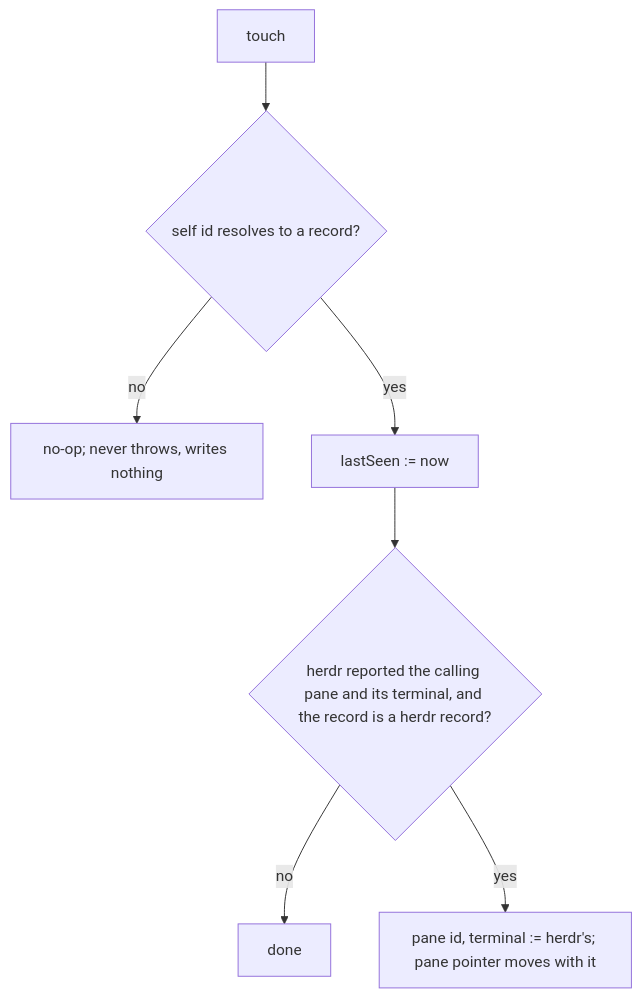
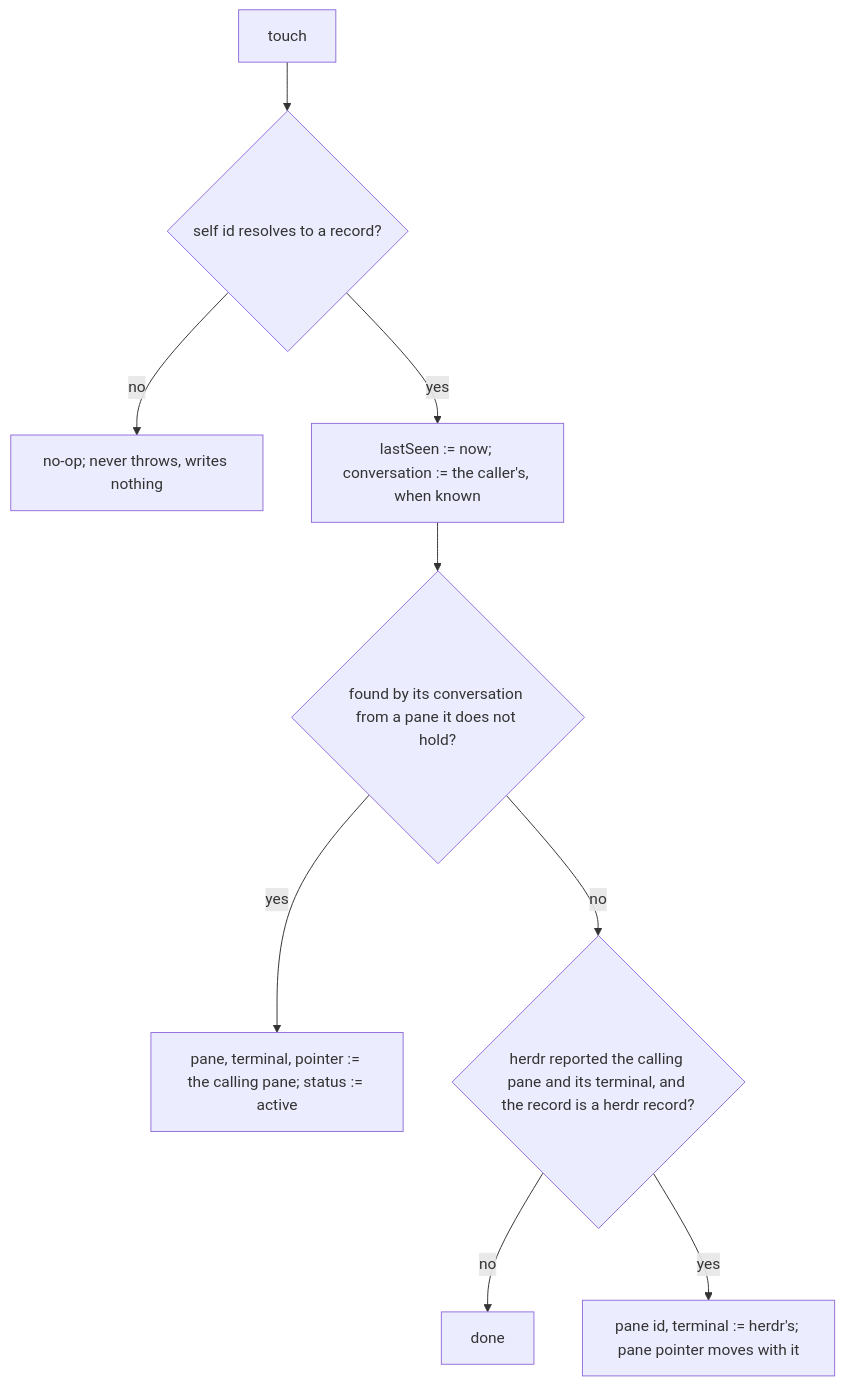
Before and after one commit to cyberuni/cyberlegion: the fifth of 13 diagrams in packages/cyberlegion/.agents/spec/unit/registry/README.md, drawn with Mermaid. The commit also changed other lines of this file and 16 other files, not shown here.

First line of the commit message:
fix: a resumed session finds its unit by its harness conversation (#285)

````diff
--- a/packages/cyberlegion/.agents/spec/unit/registry/README.md
+++ b/packages/cyberlegion/.agents/spec/unit/registry/README.md
@@ -585,9 +614,11 @@
 ```mermaid
 graph TD
   TC0["touch"] --> TC1{"self id resolves to a record?"}
   TC1 -- no --> TC1N["no-op; never throws, writes nothing"]
-  TC1 -- yes --> TC2["lastSeen := now"]
-  TC2 --> TC3{"herdr reported the calling pane and its terminal, and the record is a herdr record?"}
+  TC1 -- yes --> TC2["lastSeen := now; conversation := the caller's, when known"]
+  TC2 --> TCC{"found by its conversation from a pane it does not hold?"}
+  TCC -- yes --> TCCY["pane, terminal, pointer := the calling pane; status := active"]
+  TCC -- no --> TC3{"herdr reported the calling pane and its terminal, and the record is a herdr record?"}
   TC3 -- no --> TC3N["done"]
   TC3 -- yes --> TC4["pane id, terminal := herdr's; pane pointer moves with it"]
 ```
````
